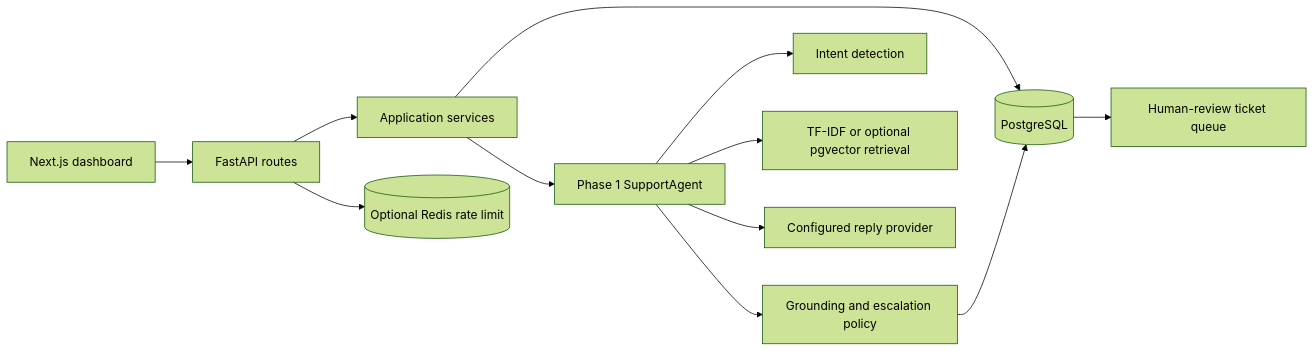
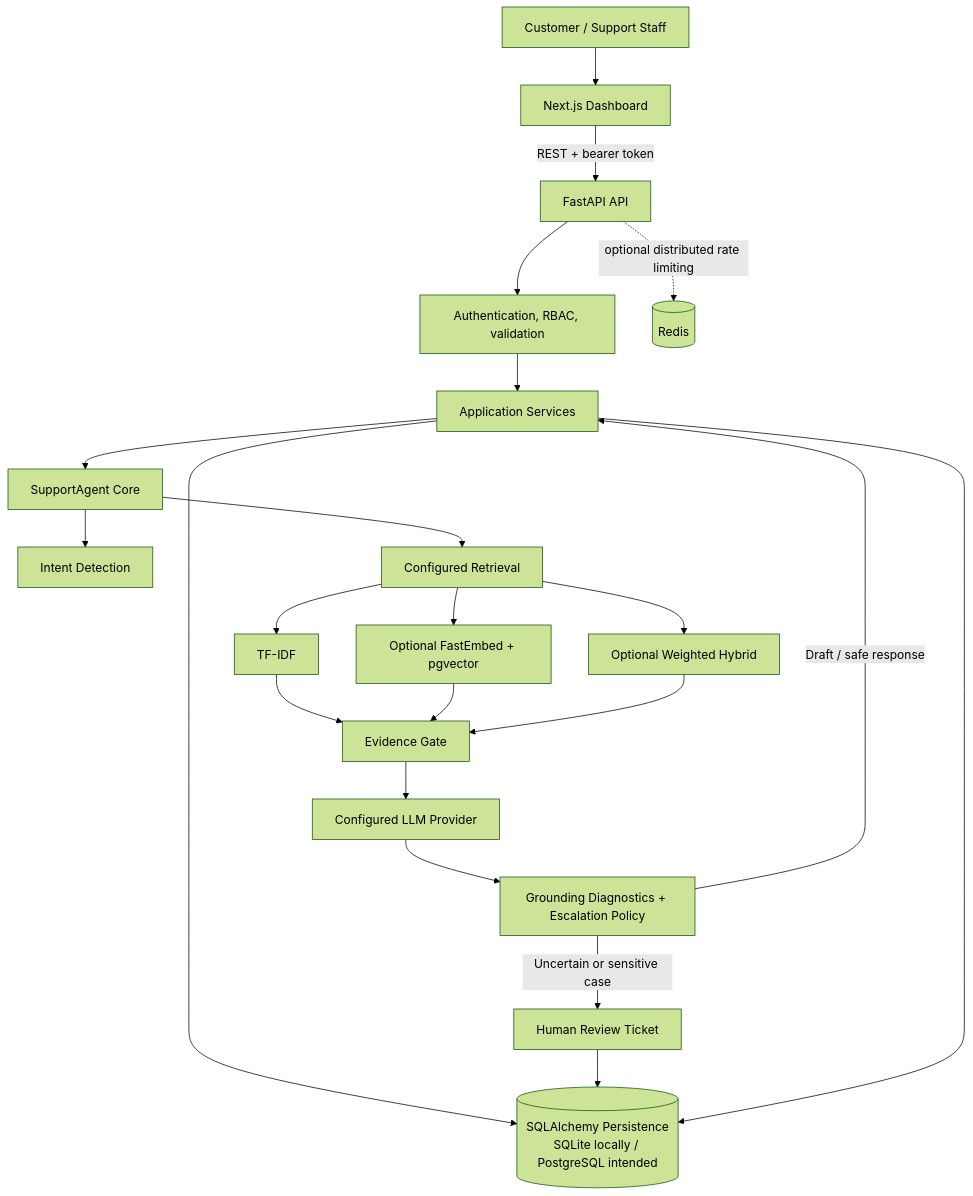
Before and after one commit to amaan-mansoori/assistly-ai-support-agent: the first of 2 diagrams in README.md, drawn with Mermaid (forest theme). The commit also changed other lines of this file, not shown here.

Commit message:
Rewrite README with architecture, evaluation caveats, and resume-ready summary

````diff
--- a/README.md
+++ b/README.md
@@ -276,14 +47,24 @@
 ```mermaid
-flowchart LR
-  UI[Next.js dashboard] --> API[FastAPI routes]
-  API --> SVC[Application services]
-  SVC --> DB[(PostgreSQL)]
-  SVC --> CORE[Phase 1 SupportAgent]
-  CORE --> INTENT[Intent detection]
-  CORE --> RETRIEVE[TF-IDF or optional pgvector retrieval]
-  CORE --> GEN[Configured reply provider]
-  CORE --> POLICY[Grounding and escalation policy]
-  POLICY --> DB
-  DB --> QUEUE[Human-review ticket queue]
-  API --> REDIS[(Optional Redis rate limit)]
+flowchart TD
+    CUSTOMER[Customer / Support Staff] --> WEB[Next.js Dashboard]
+    WEB -->|REST + bearer token| API[FastAPI API]
+    API --> AUTH[Authentication, RBAC, validation]
+    AUTH --> APP[Application Services]
+    APP --> DB[(SQLAlchemy Persistence<br/>SQLite locally / PostgreSQL intended)]
+    APP --> AGENT[SupportAgent Core]
+    AGENT --> INTENT[Intent Detection]
+    AGENT --> RETRIEVAL[Configured Retrieval]
+    RETRIEVAL --> TFIDF[TF-IDF]
+    RETRIEVAL --> VECTOR[Optional FastEmbed + pgvector]
+    RETRIEVAL --> HYBRID[Optional Weighted Hybrid]
+    TFIDF --> EVIDENCE[Evidence Gate]
+    VECTOR --> EVIDENCE
+    HYBRID --> EVIDENCE
+    EVIDENCE --> PROVIDER[Configured LLM Provider]
+    PROVIDER --> GUARD[Grounding Diagnostics + Escalation Policy]
+    GUARD -->|Draft / safe response| APP
+    GUARD -->|Uncertain or sensitive case| TICKET[Human Review Ticket]
+    TICKET --> DB
+    APP --> DB
+    API -. optional distributed rate limiting .-> REDIS[(Redis)]
 ```
````
